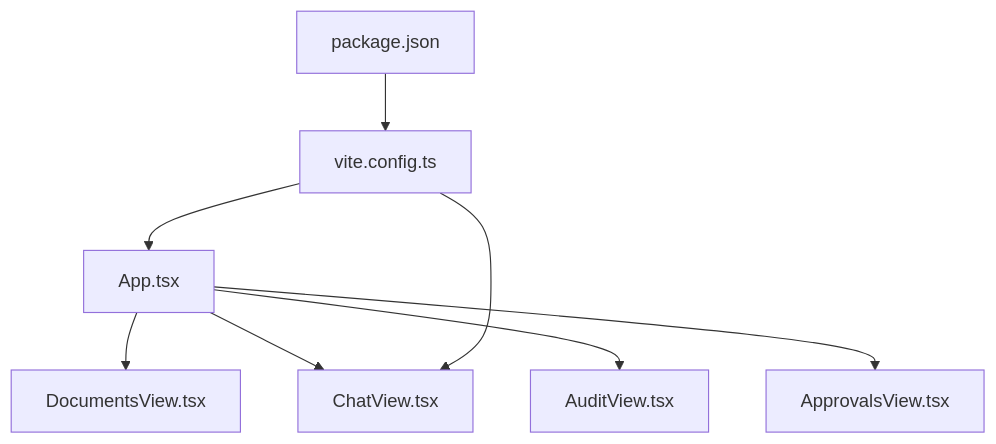
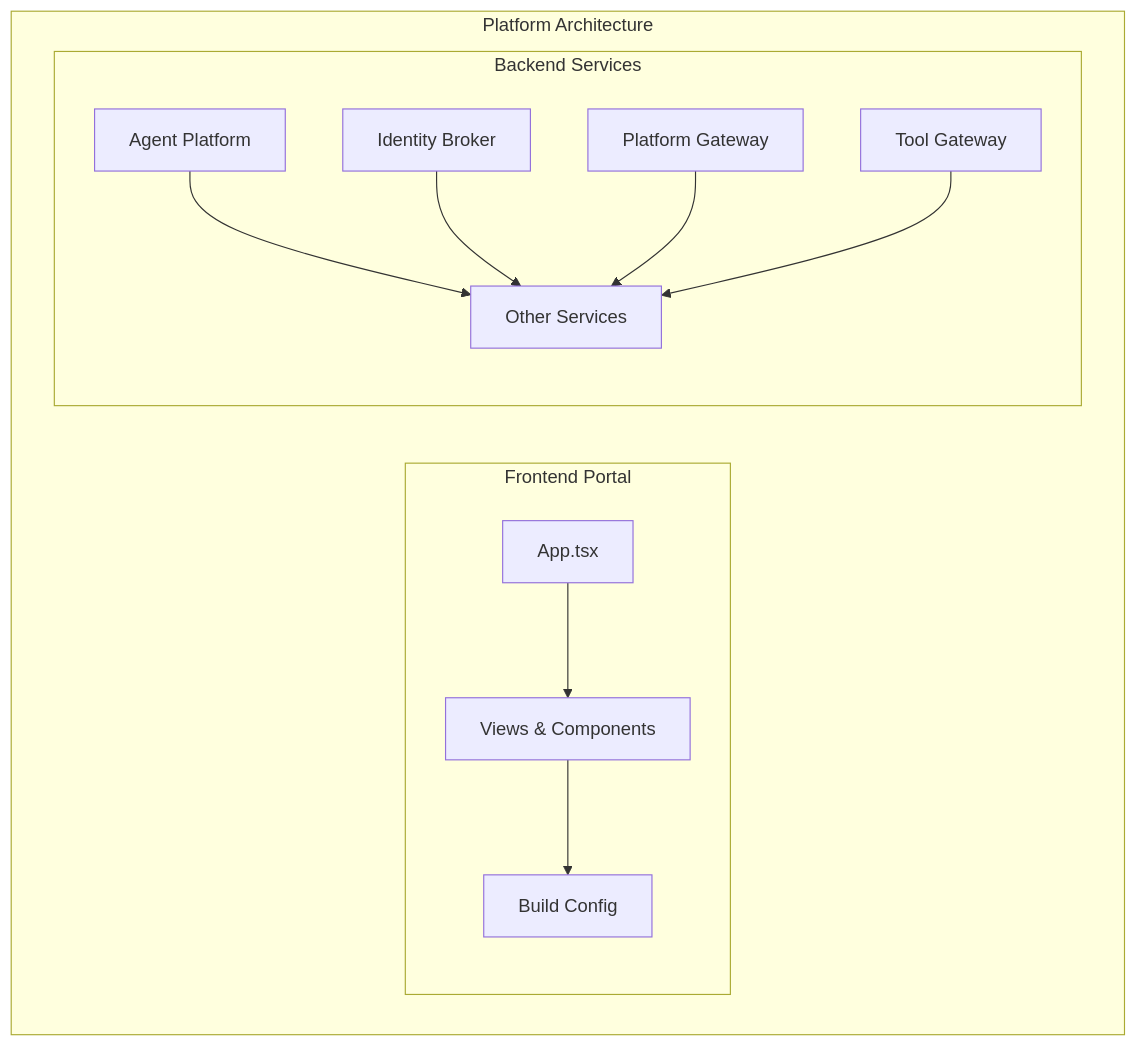
Before and after one commit to metasync/luban-aiops: the first of 6 diagrams in .qoder/repowiki/en/content/Architecture Documentation/SPEC-042_ Portal Dependency Hygiene Specification.md, drawn with Mermaid. The commit also changed other lines of this file and 13 other files, not shown here.

````diff
--- a/.qoder/repowiki/en/content/Architecture Documentation/SPEC-042_ Portal Dependency Hygiene Specification.md
+++ b/.qoder/repowiki/en/content/Architecture Documentation/SPEC-042_ Portal Dependency Hygiene Specification.md
@@ -51,10 +72,23 @@
 ```mermaid
 graph TB
-A["App.tsx"] --> B["DocumentsView.tsx"]
-A --> C["ChatView.tsx"]
-A --> D["AuditView.tsx"]
-A --> E["ApprovalsView.tsx"]
-F["vite.config.ts"] --> A
-F --> C
-G["package.json"] --> F
+subgraph "Platform Architecture"
+subgraph "Frontend Portal"
+App["App.tsx"]
+Views["Views & Components"]
+Config["Build Config"]
+end
+subgraph "Backend Services"
+AgentPlatform["Agent Platform"]
+IdentityBroker["Identity Broker"]
+PlatformGateway["Platform Gateway"]
+ToolGateway["Tool Gateway"]
+OtherServices["Other Services"]
+end
+end
+App --> Views
+Views --> Config
+AgentPlatform --> OtherServices
+IdentityBroker --> OtherServices
+PlatformGateway --> OtherServices
+ToolGateway --> OtherServices
 ```
````
